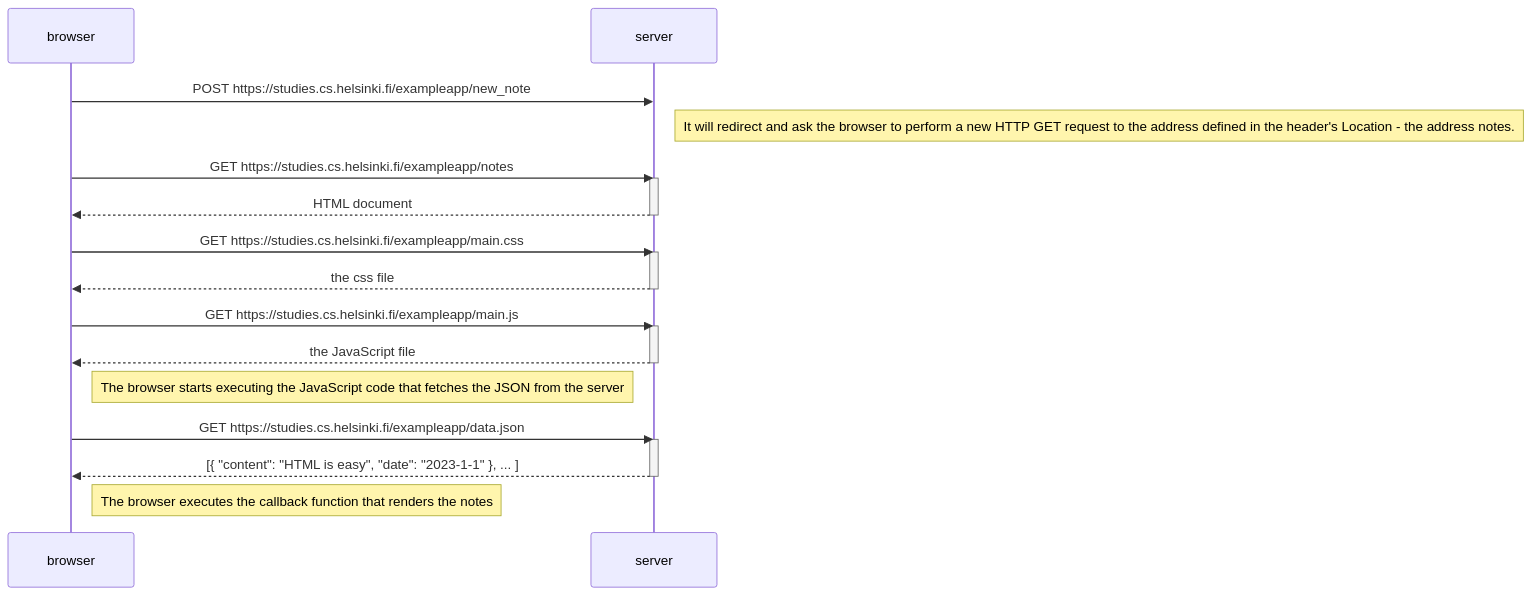
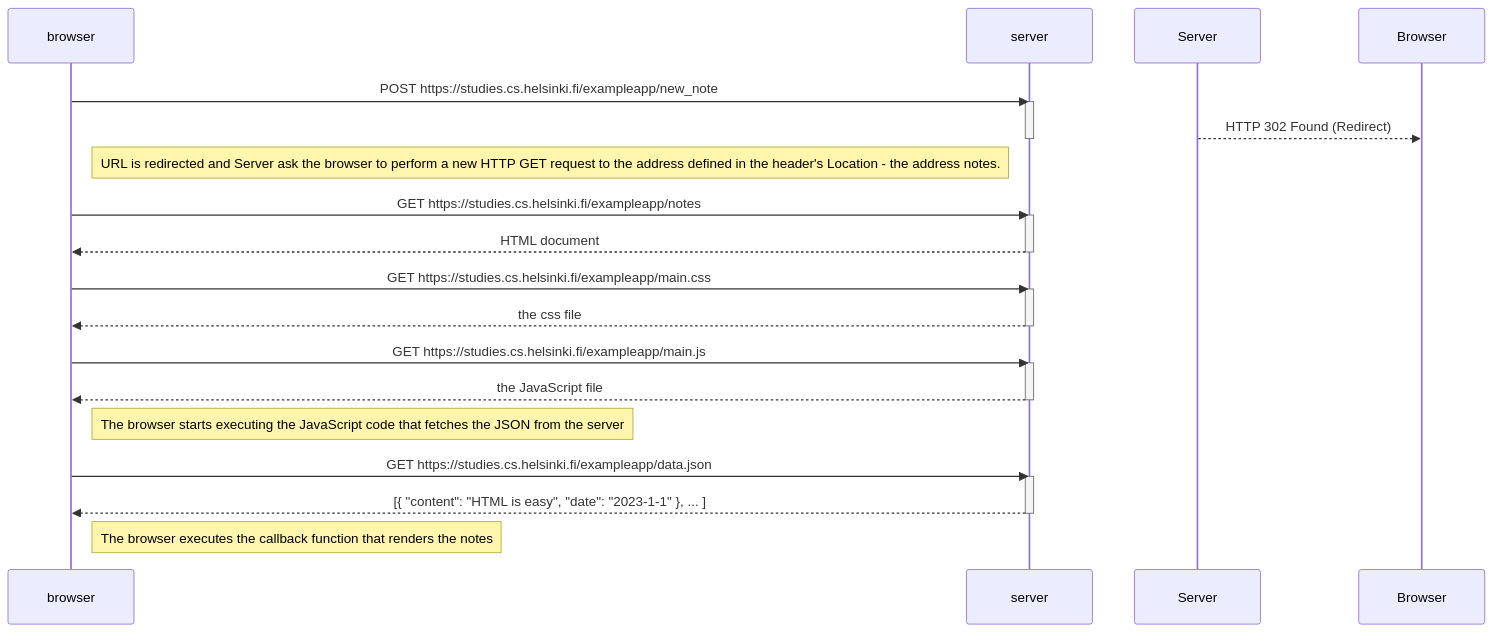
One commit to manojrai200/fullstackopen-mr changed the diagram in part0/0_4.md. Above: the diagram before and after it, drawn with Mermaid.

````diff
--- a/part0/0_4.md
+++ b/part0/0_4.md
@@ -1,33 +1,36 @@
 ```mermaid
     sequenceDiagram
         participant browser
         participant server
 
         browser->>server: POST https://studies.cs.helsinki.fi/exampleapp/new_note
-        Note right of server: It will redirect and ask the browser to perform a new HTTP GET request to the address defined in the header's Location - the address notes.
+        activate server
+        Server-->>Browser: HTTP 302 Found (Redirect)
+        deactivate server
+        Note right of browser: URL is redirected and Server ask the browser to perform a new HTTP GET request to the address defined in the header's Location - the address notes.
 
         browser->>server: GET https://studies.cs.helsinki.fi/exampleapp/notes
         activate server
         server-->>browser: HTML document
         deactivate server
 
         browser->>server: GET https://studies.cs.helsinki.fi/exampleapp/main.css
         activate server
         server-->>browser: the css file
         deactivate server
 
         browser->>server: GET https://studies.cs.helsinki.fi/exampleapp/main.js
         activate server
         server-->>browser: the JavaScript file
         deactivate server
 
         Note right of browser: The browser starts executing the JavaScript code that fetches the JSON from the server
 
         browser->>server: GET https://studies.cs.helsinki.fi/exampleapp/data.json
         activate server
         server-->>browser: [{ "content": "HTML is easy", "date": "2023-1-1" }, ... ]
         deactivate server
 
         Note right of browser: The browser executes the callback function that renders the notes
 
 ```
````
